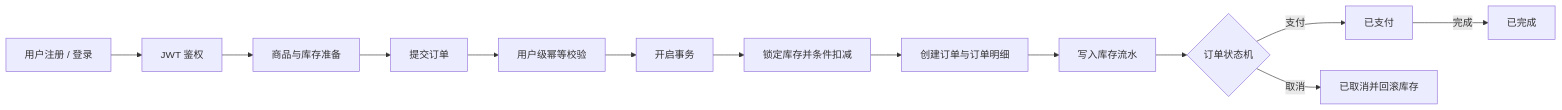
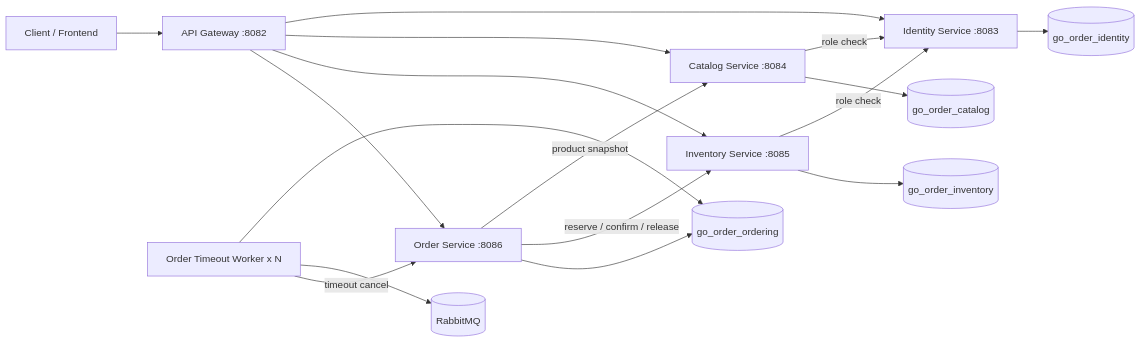
The first of 2 diagrams in README.md (Yotoha0303/go-order-management-system-cloudnative-lab), drawn with Mermaid before and after one commit. The commit also changed other lines of this file and 5 other files, not shown here.

````diff
--- a/README.md
+++ b/README.md
@@ -19,15 +23,23 @@
 ```mermaid
 flowchart LR
-    A[用户注册 / 登录] --> B[JWT 鉴权]
-    B --> C[商品与库存准备]
-    C --> D[提交订单]
-    D --> E[用户级幂等校验]
-    E --> F[开启事务]
-    F --> G[锁定库存并条件扣减]
-    G --> H[创建订单与订单明细]
-    H --> I[写入库存流水]
-    I --> J{订单状态机}
-    J -->|支付| K[已支付]
-    K -->|完成| L[已完成]
-    J -->|取消| M[已取消并回滚库存]
+    Client[Client / Frontend] --> Gateway[API Gateway :8082]
+
+    Gateway --> Identity[Identity Service :8083]
+    Gateway --> Catalog[Catalog Service :8084]
+    Gateway --> Inventory[Inventory Service :8085]
+    Gateway --> Order[Order Service :8086]
+
+    Catalog -->|role check| Identity
+    Inventory -->|role check| Identity
+    Order -->|product snapshot| Catalog
+    Order -->|reserve / confirm / release| Inventory
+
+    Identity --> IdentityDB[(go_order_identity)]
+    Catalog --> CatalogDB[(go_order_catalog)]
+    Inventory --> InventoryDB[(go_order_inventory)]
+    Order --> OrderDB[(go_order_ordering)]
+
+    Worker[Order Timeout Worker x N] --> OrderDB
+    Worker --> RabbitMQ[(RabbitMQ)]
+    Worker -->|timeout cancel| Order
 ```
````
